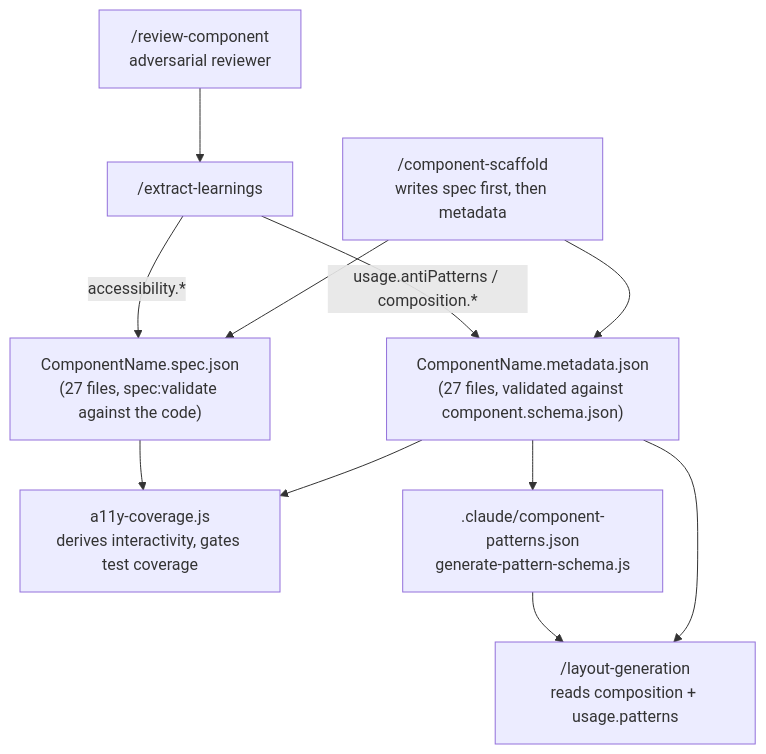
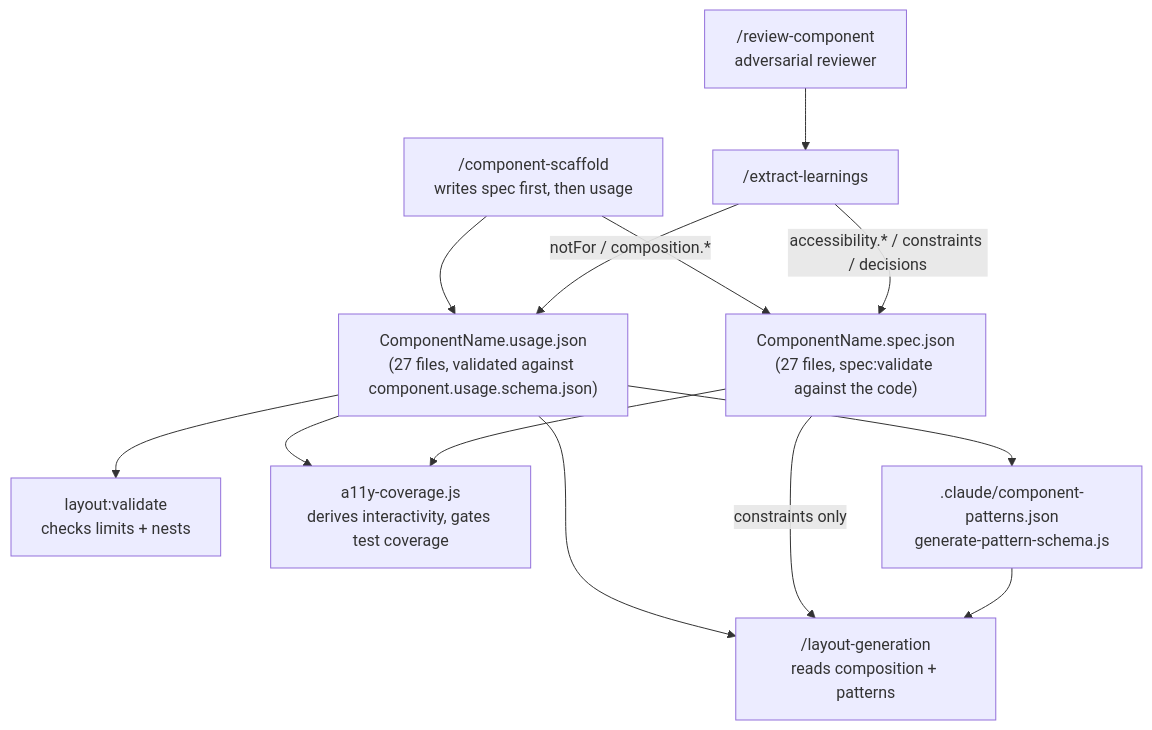
One commit to F4cu/upskill-design-system changed the diagram in docs/10-machine-readable-metadata.md. Above: the diagram before and after it, drawn with Mermaid. The commit also changed other lines of this file and 126 other files, not shown here.

First line of the commit message:
feat(usage): rename metadata.json to usage.json and relabel around composition

````diff
--- a/docs/10-machine-readable-metadata.md
+++ b/docs/10-machine-readable-metadata.md
@@ -168,15 +178,17 @@
 ```mermaid
 flowchart TB
-    M["ComponentName.metadata.json<br/>(27 files, validated against component.schema.json)"]
+    M["ComponentName.usage.json<br/>(27 files, validated against component.usage.schema.json)"]
     S["ComponentName.spec.json<br/>(27 files, spec:validate against the code)"]
-    SC["/component-scaffold<br/>writes spec first, then metadata"] --> S
+    SC["/component-scaffold<br/>writes spec first, then usage"] --> S
     SC --> M
-    M --> LG["/layout-generation<br/>reads composition + usage.patterns"]
+    M --> LG["/layout-generation<br/>reads composition + patterns"]
+    S -->|"constraints only"| LG
+    M --> LV["layout:validate<br/>checks limits + nests"]
     M --> A11Y["a11y-coverage.js<br/>derives interactivity, gates test coverage"]
     S --> A11Y
     M --> AGG[".claude/component-patterns.json<br/>generate-pattern-schema.js"]
     AGG --> LG
     R["/review-component<br/>adversarial reviewer"] --> EL["/extract-learnings"]
-    EL -->|"usage.antiPatterns / composition.*"| M
-    EL -->|"accessibility.*"| S
+    EL -->|"notFor / composition.*"| M
+    EL -->|"accessibility.* / constraints / decisions"| S
 ```
````
